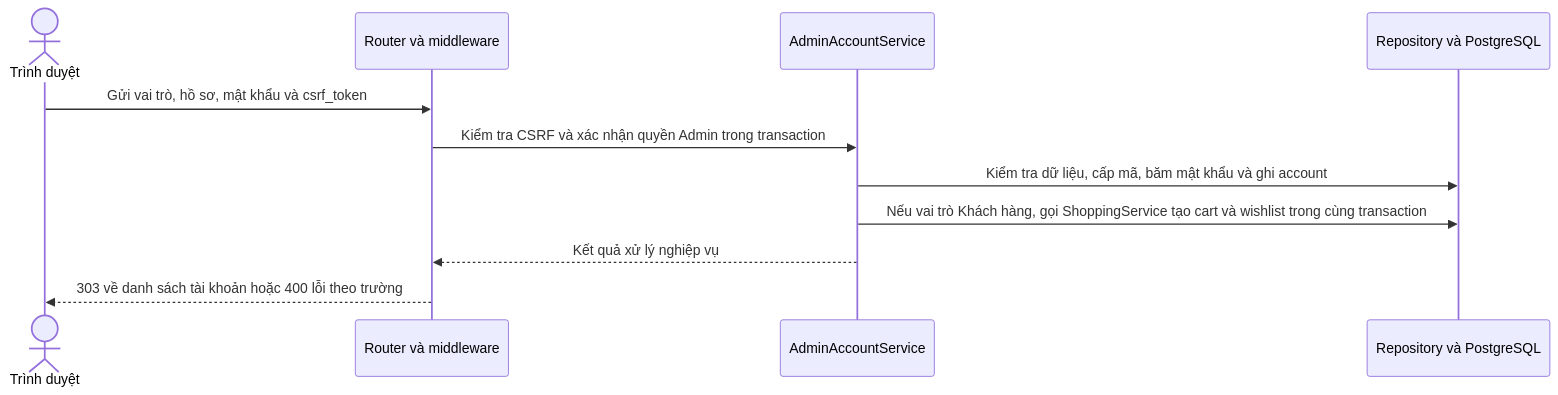
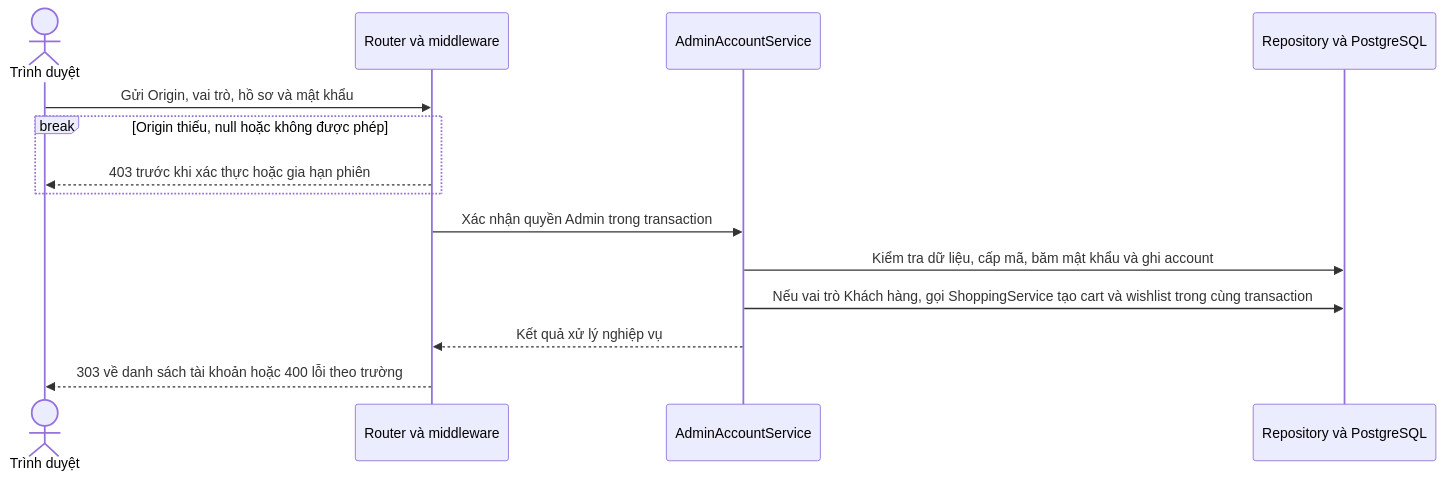
One commit to thanhklt/sobie-swimwear-e-commerce changed the diagram in docs/sequence/identity/post-admin-accounts-new.md. Above: the diagram before and after it, drawn with Mermaid. The commit also changed 27 other files, not shown here.

First line of the commit message:
refactor(identity): drop CSRF token, enforce Origin on all write requests

````diff
--- a/docs/sequence/identity/post-admin-accounts-new.md
+++ b/docs/sequence/identity/post-admin-accounts-new.md
@@ -5,13 +5,16 @@
 ```mermaid
 sequenceDiagram
     actor Browser as Trình duyệt
     participant Route as Router và middleware
     participant Service as AdminAccountService
     participant Data as Repository và PostgreSQL
-    Browser->>Route: Gửi vai trò, hồ sơ, mật khẩu và csrf_token
-    Route->>Service: Kiểm tra CSRF và xác nhận quyền Admin trong transaction
+    Browser->>Route: Gửi Origin, vai trò, hồ sơ và mật khẩu
+    break Origin thiếu, null hoặc không được phép
+        Route-->>Browser: 403 trước khi xác thực hoặc gia hạn phiên
+    end
+    Route->>Service: Xác nhận quyền Admin trong transaction
     Service->>Data: Kiểm tra dữ liệu, cấp mã, băm mật khẩu và ghi account
     Service->>Data: Nếu vai trò Khách hàng, gọi ShoppingService tạo cart và wishlist trong cùng transaction
     Service-->>Route: Kết quả xử lý nghiệp vụ
     Route-->>Browser: 303 về danh sách tài khoản hoặc 400 lỗi theo trường
 ```
````
